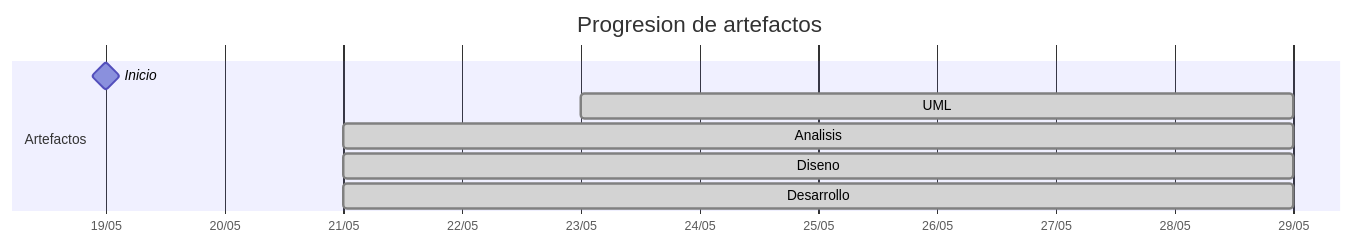
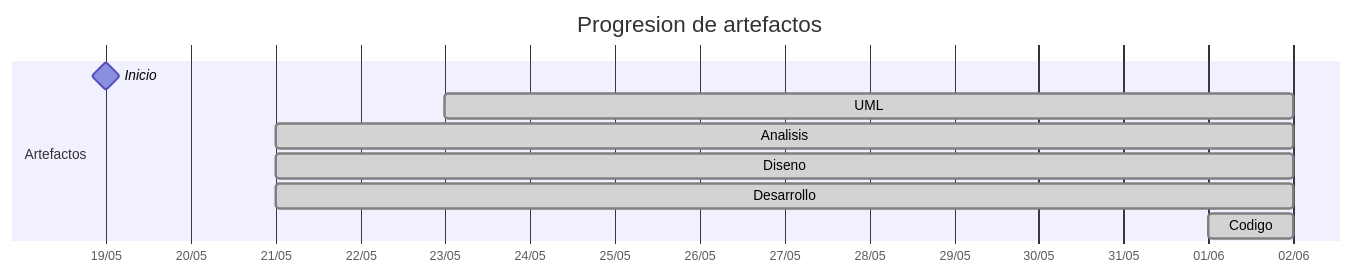
Before and after one commit to carlos-alvarado-25/25-26-idsw2-sdVC: the diagram in TIMELINES/beatriizorozco.md, drawn with Mermaid. The commit also changed other lines of this file and 11 other files, not shown here.

````diff
--- a/TIMELINES/beatriizorozco.md
+++ b/TIMELINES/beatriizorozco.md
@@ -19,12 +20,13 @@
 ```mermaid
 gantt
     title Progresion de artefactos
     dateFormat YYYY-MM-DD
     axisFormat %d/%m
     section Artefactos
         Inicio       :milestone, 2026-05-19, 0d
-        UML          :done, 2026-05-23, 2026-05-29
-        Analisis     :done, 2026-05-21, 2026-05-29
-        Diseno       :done, 2026-05-21, 2026-05-29
-        Desarrollo   :done, 2026-05-21, 2026-05-29
+        UML          :done, 2026-05-23, 2026-06-02
+        Analisis     :done, 2026-05-21, 2026-06-02
+        Diseno       :done, 2026-05-21, 2026-06-02
+        Desarrollo   :done, 2026-05-21, 2026-06-02
+        Codigo       :done, 2026-06-01, 2026-06-02
 ```
````
